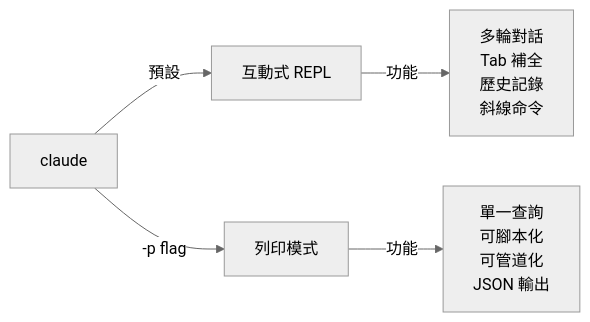
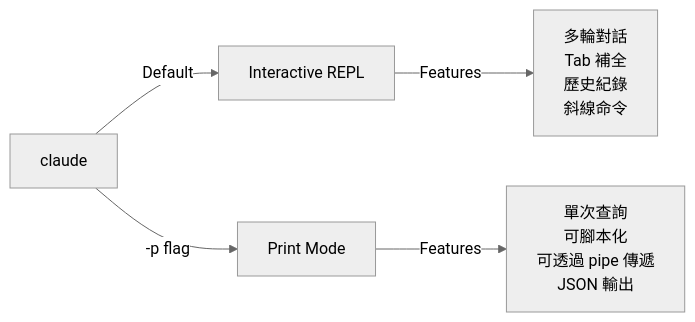
One commit to huckly/claude-howto-zh-tw changed the second of 2 diagrams in 10-cli/README.md. Above: the diagram before and after it, drawn with Mermaid (neutral theme). The commit also changed other lines of this file, not shown here.

````diff
--- a/10-cli/README.md
+++ b/10-cli/README.md
@@ -76,7 +77,7 @@
 ```mermaid
 graph LR
-    A["claude"] -->|預設| B["互動式 REPL"]
-    A -->|"-p flag"| C["列印模式"]
-    B -->|功能| D["多輪對話<br>Tab 補全<br>歷史記錄<br>斜線命令"]
-    C -->|功能| E["單一查詢<br>可腳本化<br>可管道化<br>JSON 輸出"]
+    A["claude"] -->|Default| B["Interactive REPL"]
+    A -->|"-p flag"| C["Print Mode"]
+    B -->|Features| D["多輪對話<br>Tab 補全<br>歷史紀錄<br>斜線命令"]
+    C -->|Features| E["單次查詢<br>可腳本化<br>可透過 pipe 傳遞<br>JSON 輸出"]
 ```
````
